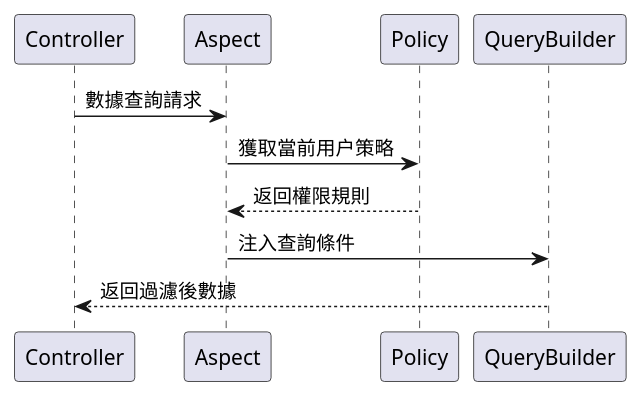
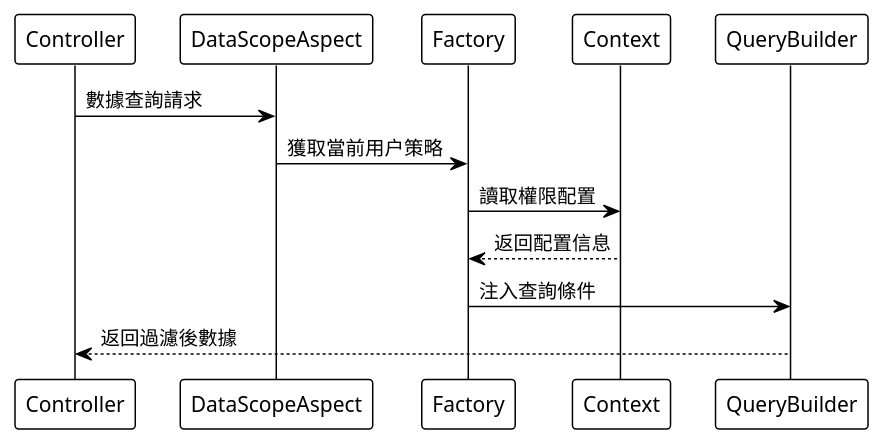
Before and after one commit to mineadmin/doc-v3: the third of 3 diagrams in docs/zh-hk/backend/data-permission/overview.md, drawn with PlantUML. The commit also changed other lines of this file and 225 other files, not shown here.

````diff
--- a/docs/zh-hk/backend/data-permission/overview.md
+++ b/docs/zh-hk/backend/data-permission/overview.md
@@ -90,14 +307,18 @@
 ```plantuml
 @startuml
+!theme plain
+
 participant Controller
-participant Aspect
-participant Policy
+participant DataScopeAspect  
+participant Factory
+participant Context
 participant QueryBuilder
 
-Controller -> Aspect: 數據查詢請求
-Aspect -> Policy: 獲取當前用户策略
-Policy --> Aspect: 返回權限規則
-Aspect -> QueryBuilder: 注入查詢條件
+Controller -> DataScopeAspect: 數據查詢請求
+DataScopeAspect -> Factory: 獲取當前用户策略
+Factory -> Context: 讀取權限配置
+Context --> Factory: 返回配置信息
+Factory -> QueryBuilder: 注入查詢條件
 QueryBuilder --> Controller: 返回過濾後數據
 @enduml
 ```
````
